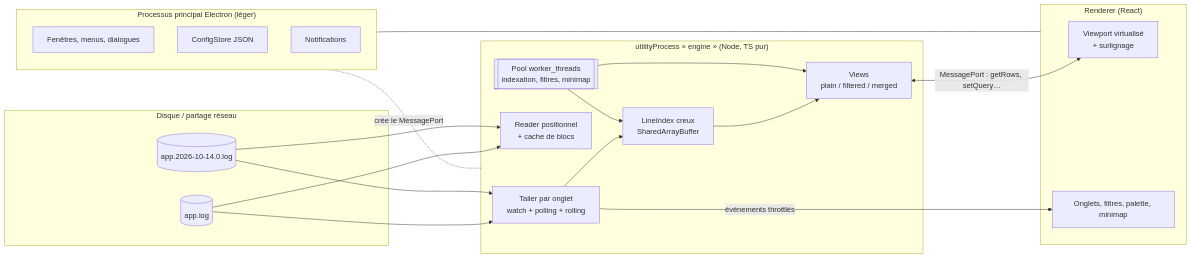
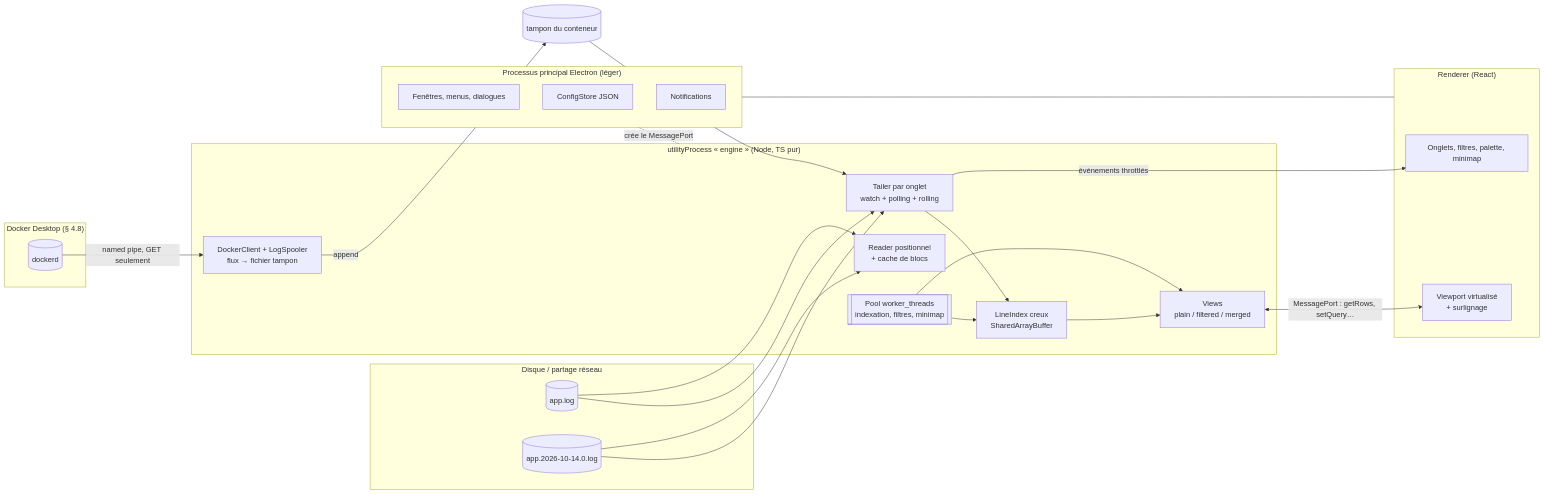
The first of 3 diagrams in cbl-log/docs/architecture.md (clementbrunel/my-ai-tools), drawn with Mermaid before and after one commit. The commit also changed other lines of this file and 13 other files, not shown here.

First line of the commit message:
cbl-log: docs - Docker moved into the architecture, spec brought up to date, recette guide (#486)

````diff
--- a/cbl-log/docs/architecture.md
+++ b/cbl-log/docs/architecture.md
@@ -77,35 +79,42 @@
 ```mermaid
 flowchart LR
   subgraph FS[Disque / partage réseau]
     F1[(app.log)]
     F0[(app.2026-10-14.0.log)]
   end
 
   subgraph Main["Processus principal Electron (léger)"]
     WIN[Fenêtres, menus, dialogues]
     CFG[ConfigStore JSON]
     NOTIF[Notifications]
   end
 
   subgraph Engine["utilityProcess « engine » (Node, TS pur)"]
     TR[Tailer par onglet<br/>watch + polling + rolling]
     IDX[LineIndex creux<br/>SharedArrayBuffer]
     RD[Reader positionnel<br/>+ cache de blocs]
     VIEW[Views<br/>plain / filtered / merged]
     POOL[[Pool worker_threads<br/>indexation, filtres, minimap]]
+    DK[DockerClient + LogSpooler<br/>flux → fichier tampon]
+  end
+
+  subgraph Docker["Docker Desktop (§ 4.8)"]
+    DD[(dockerd)]
   end
 
   subgraph Renderer["Renderer (React)"]
     VP[Viewport virtualisé<br/>+ surlignage]
     UI[Onglets, filtres, palette, minimap]
   end
 
   F1 & F0 --> TR --> IDX
+  DD -- "named pipe, GET seulement" --> DK -- append --> SP[(tampon du conteneur)]
+  SP --> TR
   F1 & F0 --> RD
   IDX --> VIEW
   POOL --> IDX & VIEW
   VIEW <-- "MessagePort : getRows, setQuery…" --> VP
   TR -- "événements throttlés" --> UI
   Main -. "crée le MessagePort" .- Engine
   Main --- Renderer
 ```
````
